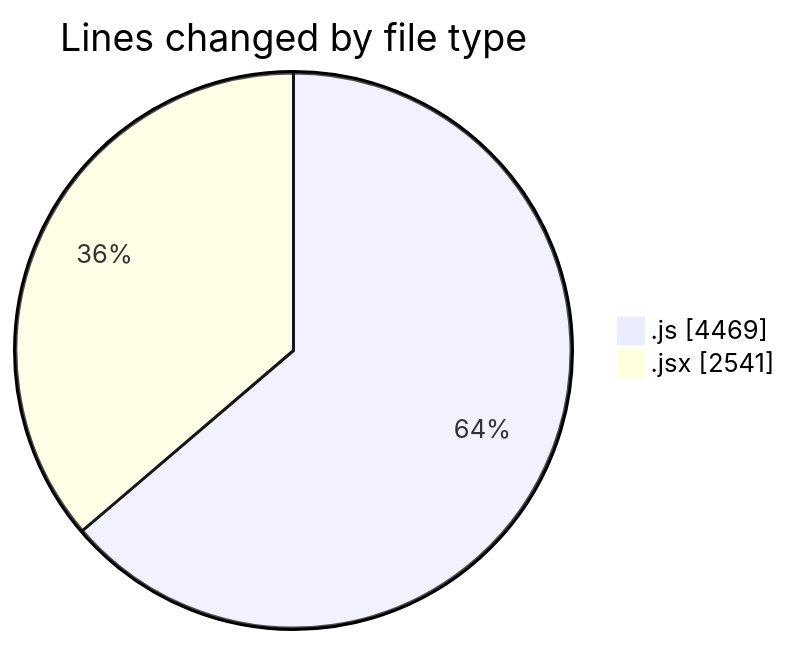
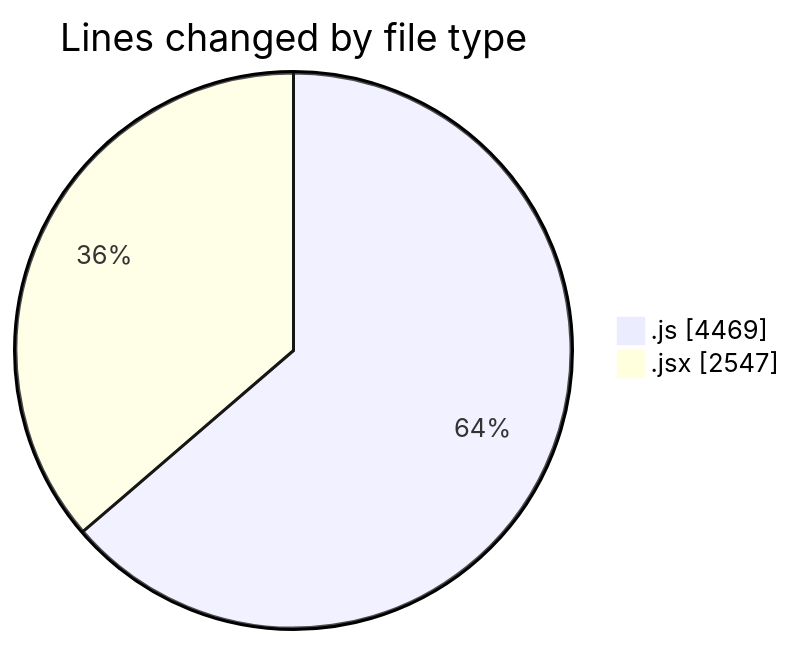
One commit to nxtqubesakshisongat/code-tracking changed the first of 2 diagrams in 2025-08-13/nxtqube_webapp/README.md. Above: the diagram before and after it, drawn with Mermaid. The commit also changed other lines of this file and 1 other file, not shown here.

````diff
--- a/2025-08-13/nxtqube_webapp/README.md
+++ b/2025-08-13/nxtqube_webapp/README.md
@@ -26,6 +26,6 @@
 ```mermaid
 pie showData
 title Lines changed by file type
 ".js" : 4469
-".jsx" : 2541
+".jsx" : 2547
 ```
````
